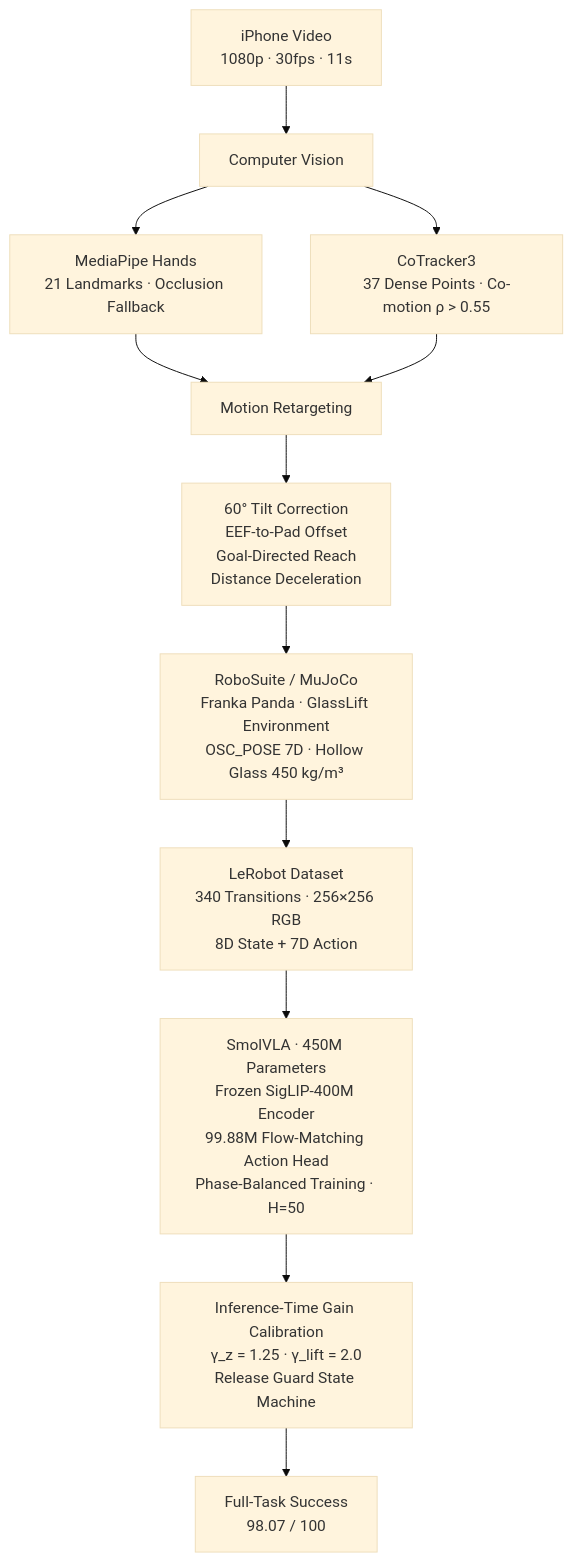
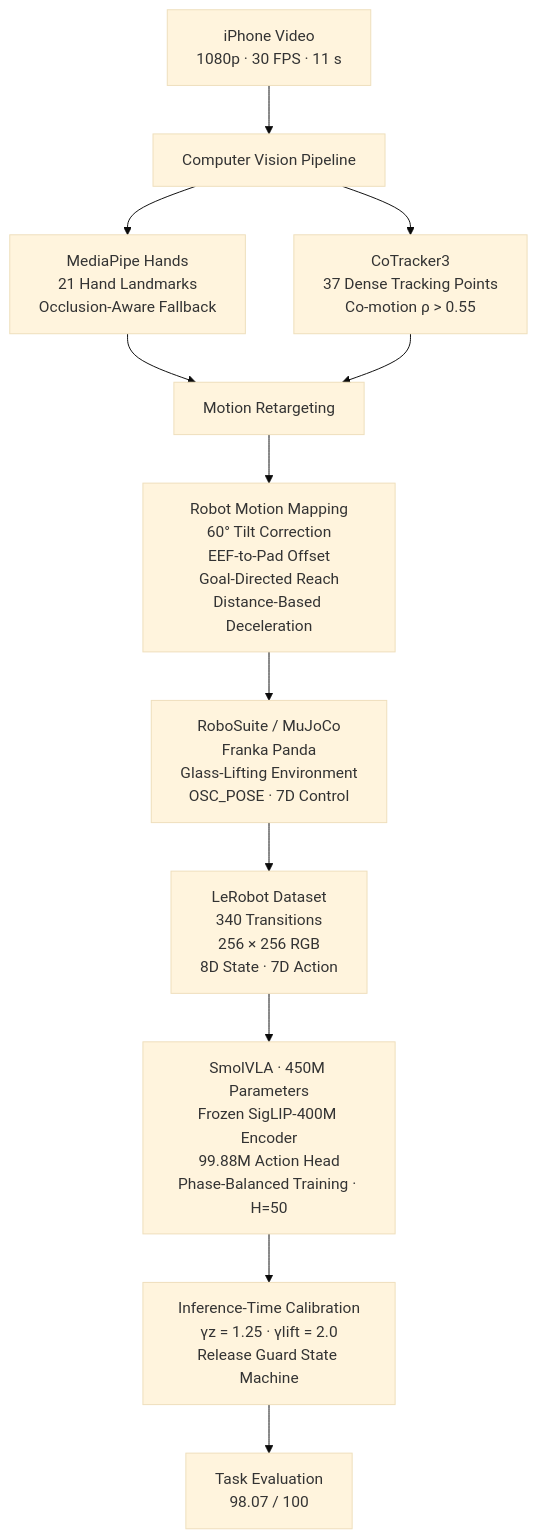
The diagram in README.md (nirbhayborikar/Pollex), drawn with Mermaid (base theme) before and after one commit.

````diff
--- a/README.md
+++ b/README.md
@@ -39,23 +39,24 @@
 ```mermaid
+flowchart TD
+    A["iPhone Video<br/>1080p · 30 FPS · 11 s"]
 
-flowchart TD
-    A["iPhone Video<br/>1080p · 30fps · 11s"] --> B["Computer Vision"]
+    A --> B["Computer Vision Pipeline"]
 
-    B --> C["MediaPipe Hands<br/>21 Landmarks · Occlusion Fallback"]
-    B --> D["CoTracker3<br/>37 Dense Points · Co-motion ρ > 0.55"]
+    B --> C["MediaPipe Hands<br/>21 Hand Landmarks<br/>Occlusion-Aware Fallback"]
+    B --> D["CoTracker3<br/>37 Dense Tracking Points<br/>Co-motion ρ > 0.55"]
 
     C --> E["Motion Retargeting"]
     D --> E
 
-    E --> F["60° Tilt Correction<br/>EEF-to-Pad Offset<br/>Goal-Directed Reach<br/>Distance Deceleration"]
+    E --> F["Robot Motion Mapping<br/>60° Tilt Correction<br/>EEF-to-Pad Offset<br/>Goal-Directed Reach<br/>Distance-Based Deceleration"]
 
-    F --> G["RoboSuite / MuJoCo<br/>Franka Panda · GlassLift Environment<br/>OSC_POSE 7D · Hollow Glass 450 kg/m³"]
+    F --> G["RoboSuite / MuJoCo<br/>Franka Panda<br/>Glass-Lifting Environment<br/>OSC_POSE · 7D Control"]
 
-    G --> H["LeRobot Dataset<br/>340 Transitions · 256×256 RGB<br/>8D State + 7D Action"]
+    G --> H["LeRobot Dataset<br/>340 Transitions<br/>256 × 256 RGB<br/>8D State · 7D Action"]
 
-    H --> I["SmolVLA · 450M Parameters<br/>Frozen SigLIP-400M Encoder<br/>99.88M Flow-Matching Action Head<br/>Phase-Balanced Training · H=50"]
+    H --> I["SmolVLA · 450M Parameters<br/>Frozen SigLIP-400M Encoder<br/>99.88M Action Head<br/>Phase-Balanced Training · H=50"]
 
-    I --> J["Inference-Time Gain Calibration<br/>γ_z = 1.25 · γ_lift = 2.0<br/>Release Guard State Machine"]
+    I --> J["Inference-Time Calibration<br/>γz = 1.25 · γlift = 2.0<br/>Release Guard State Machine"]
 
-    J --> K["Full-Task Success<br/>98.07 / 100"]
+    J --> K["Task Evaluation<br/>98.07 / 100"]
 ```
````
